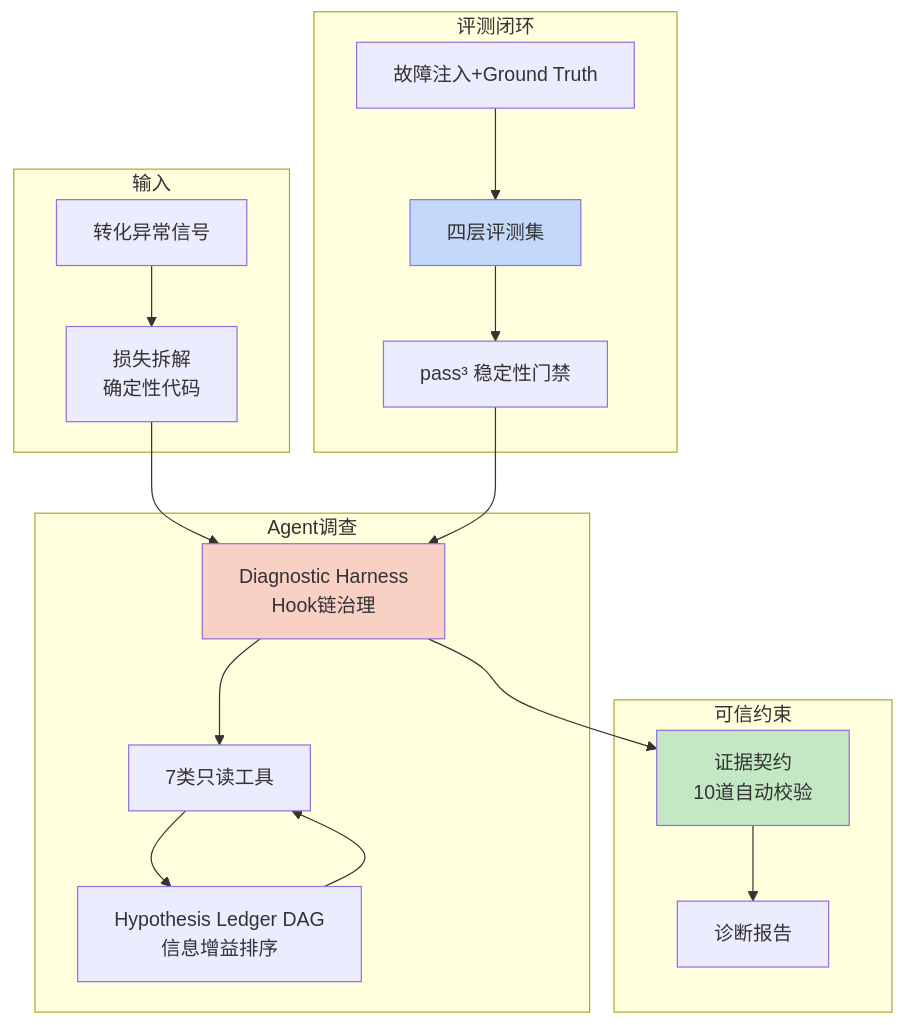
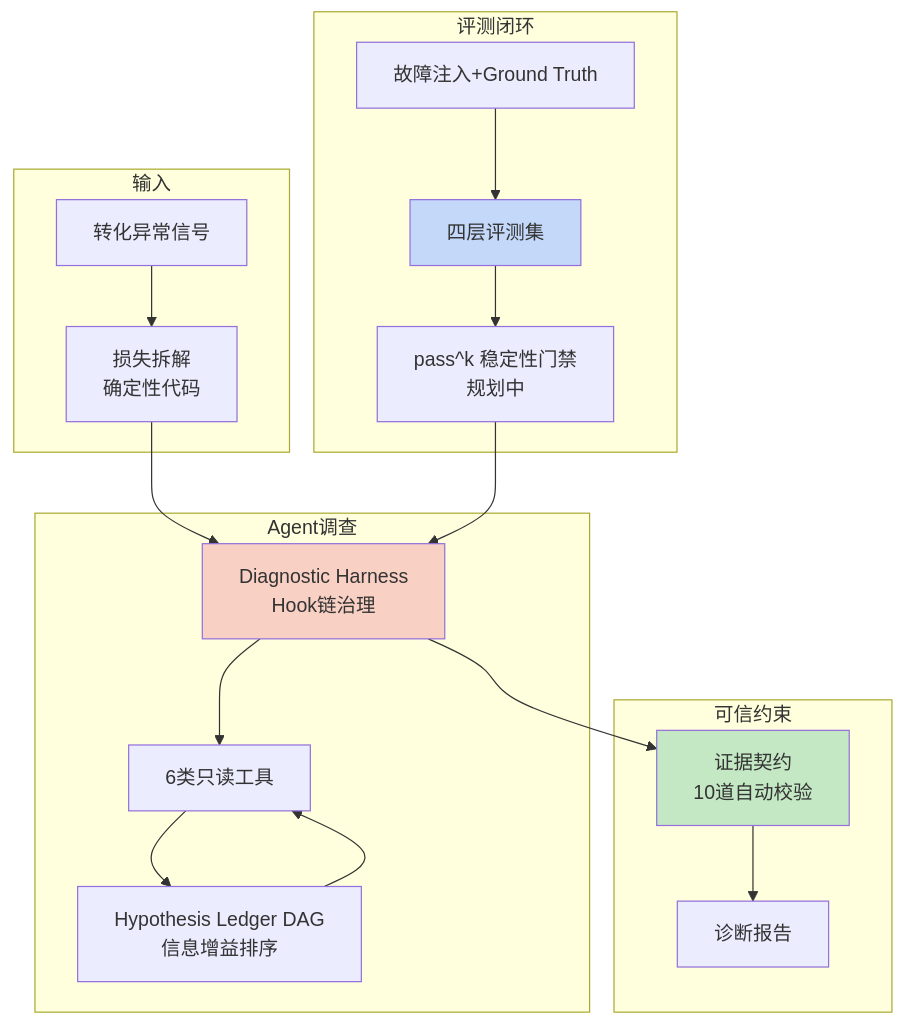
The fourth of 4 diagrams in projects/PayTrace/PayTrace-项目说明.md (Ygrowly/Marvis), drawn with Mermaid before and after one commit. The commit also changed other lines of this file, not shown here.

````diff
--- a/projects/PayTrace/PayTrace-项目说明.md
+++ b/projects/PayTrace/PayTrace-项目说明.md
@@ -1263,24 +1318,24 @@
 ```mermaid
 graph TB
     subgraph 输入
         I[转化异常信号] --> D[损失拆解<br/>确定性代码]
     end
     subgraph Agent调查
         D --> H[Diagnostic Harness<br/>Hook链治理]
-        H --> T[7类只读工具]
+        H --> T[6类只读工具]
         T --> L[Hypothesis Ledger DAG<br/>信息增益排序]
         L --> T
     end
     subgraph 可信约束
         H --> E[证据契约<br/>10道自动校验]
         E --> R[诊断报告]
     end
     subgraph 评测闭环
         G[故障注入+Ground Truth] --> EV[四层评测集]
-        EV --> S[pass³ 稳定性门禁]
+        EV --> S[pass^k 稳定性门禁<br/>规划中]
         S --> H
     end
     style H fill:#f9d0c4
     style E fill:#c4e8c4
     style EV fill:#c4d8f9
 ```
````
